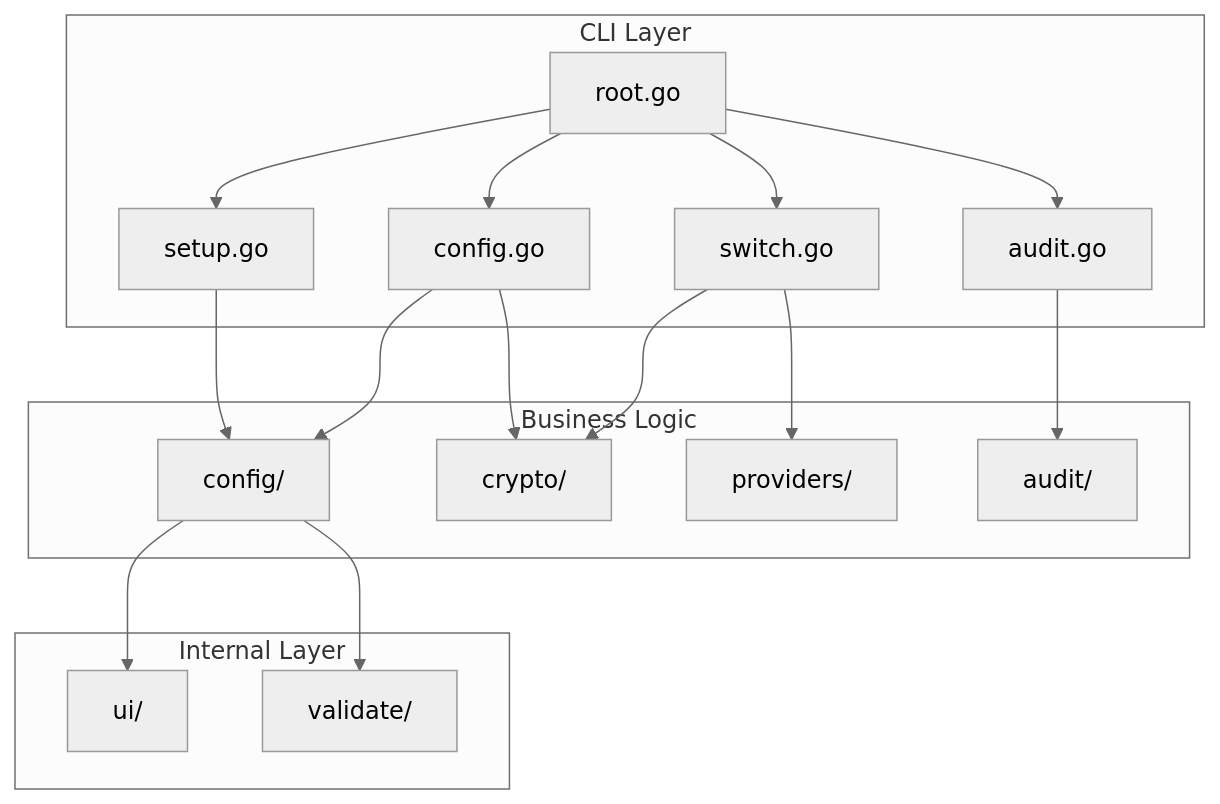
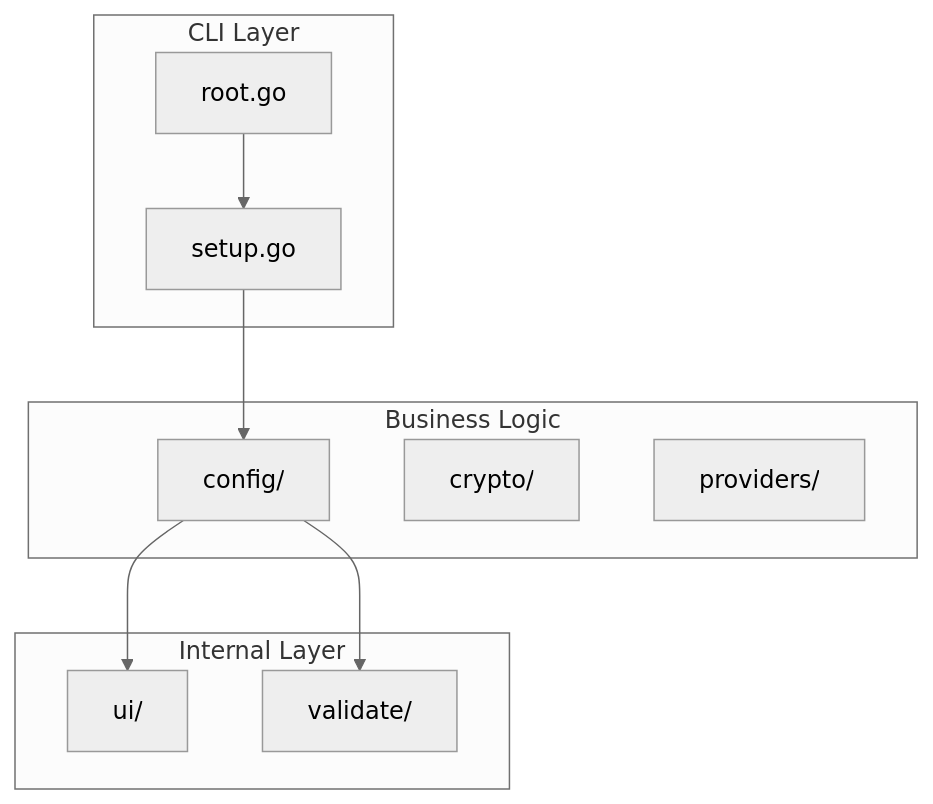
One commit to dkmnx/kairo changed the first of 2 diagrams in internal/README.md. Above: the diagram before and after it, drawn with Mermaid (neutral theme). The commit also changed other lines of this file and 6 other files, not shown here.

````diff
--- a/internal/README.md
+++ b/internal/README.md
@@ -7,35 +7,23 @@
 ```mermaid
 flowchart TB
     subgraph cmd[CLI Layer]
         Root[root.go]
         Setup[setup.go]
-        Config[config.go]
-        Switch[switch.go]
-        Audit[audit.go]
     end
 
     subgraph internal[Internal Layer]
         UI[ui/]
         Validate[validate/]
     end
 
     subgraph biz[Business Logic]
         ConfigBL[config/]
         Crypto[crypto/]
         Providers[providers/]
-        AuditBL[audit/]
     end
 
     Root --> Setup
-    Root --> Config
-    Root --> Switch
-    Root --> Audit
     Setup --> ConfigBL
-    Config --> ConfigBL
-    Config --> Crypto
-    Switch --> Providers
-    Switch --> Crypto
-    Audit --> AuditBL
     ConfigBL --> UI
     ConfigBL --> Validate
 ```
````
